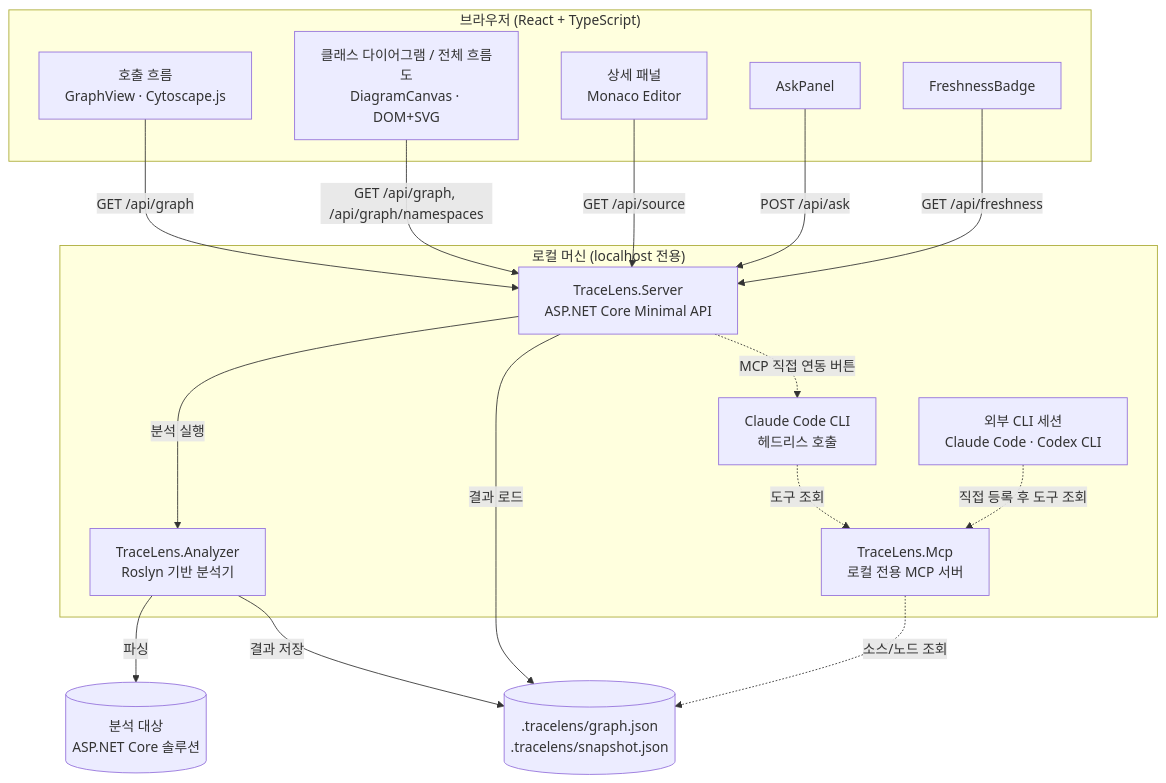
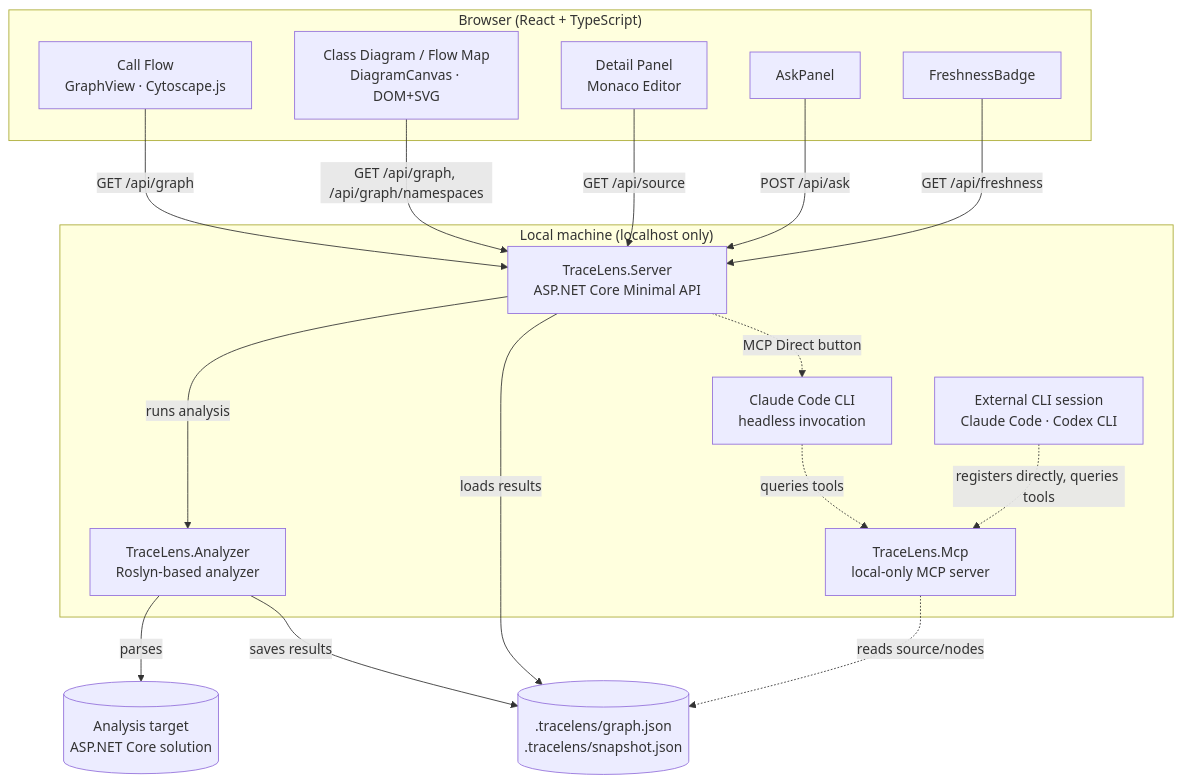
One commit to jacking75/DotNetApiServerTraceLens changed the diagram in README.md. Above: the diagram before and after it, drawn with Mermaid. The commit also changed other lines of this file and 6 other files, not shown here.

````diff
--- a/README.md
+++ b/README.md
@@ -85,35 +85,35 @@
 ```mermaid
 flowchart TB
-    subgraph Browser["브라우저 (React + TypeScript)"]
-        GV[호출 흐름\nGraphView · Cytoscape.js]
-        CD[클래스 다이어그램 / 전체 흐름도\nDiagramCanvas · DOM+SVG]
-        CP[상세 패널\nMonaco Editor]
+    subgraph Browser["Browser (React + TypeScript)"]
+        GV[Call Flow\nGraphView · Cytoscape.js]
+        CD[Class Diagram / Flow Map\nDiagramCanvas · DOM+SVG]
+        CP[Detail Panel\nMonaco Editor]
         AP[AskPanel]
         FB[FreshnessBadge]
     end
 
-    subgraph Local["로컬 머신 (localhost 전용)"]
+    subgraph Local["Local machine (localhost only)"]
         Server[TraceLens.Server\nASP.NET Core Minimal API]
-        Analyzer[TraceLens.Analyzer\nRoslyn 기반 분석기]
-        Mcp["TraceLens.Mcp\n로컬 전용 MCP 서버"]
-        CC[Claude Code CLI\n헤드리스 호출]
-        Ext["외부 CLI 세션\nClaude Code · Codex CLI"]
+        Analyzer[TraceLens.Analyzer\nRoslyn-based analyzer]
+        Mcp["TraceLens.Mcp\nlocal-only MCP server"]
+        CC[Claude Code CLI\nheadless invocation]
+        Ext["External CLI session\nClaude Code · Codex CLI"]
     end
 
-    Target[(분석 대상\nASP.NET Core 솔루션)]
+    Target[(Analysis target\nASP.NET Core solution)]
     Graph[(.tracelens/graph.json\n.tracelens/snapshot.json)]
 
     GV -->|GET /api/graph| Server
     CD -->|GET /api/graph, /api/graph/namespaces| Server
     CP -->|GET /api/source| Server
     AP -->|POST /api/ask| Server
     FB -->|GET /api/freshness| Server
-    Server -->|분석 실행| Analyzer
-    Analyzer -->|파싱| Target
-    Analyzer -->|결과 저장| Graph
-    Server -->|결과 로드| Graph
-    Server -.->|MCP 직접 연동 버튼| CC
-    CC -.->|도구 조회| Mcp
-    Ext -.->|직접 등록 후 도구 조회| Mcp
-    Mcp -.->|소스/노드 조회| Graph
+    Server -->|runs analysis| Analyzer
+    Analyzer -->|parses| Target
+    Analyzer -->|saves results| Graph
+    Server -->|loads results| Graph
+    Server -.->|MCP Direct button| CC
+    CC -.->|queries tools| Mcp
+    Ext -.->|registers directly, queries tools| Mcp
+    Mcp -.->|reads source/nodes| Graph
 ```
````
